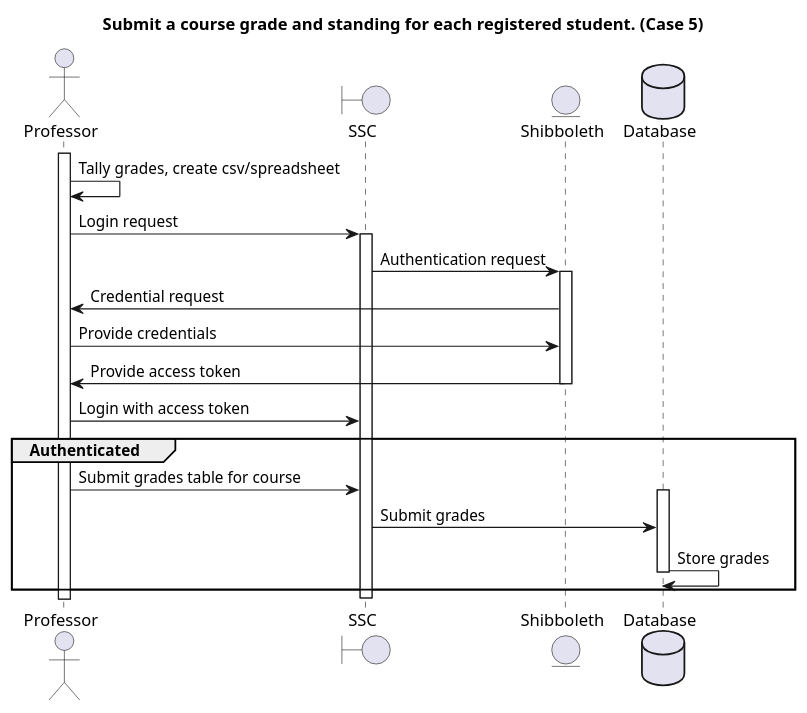
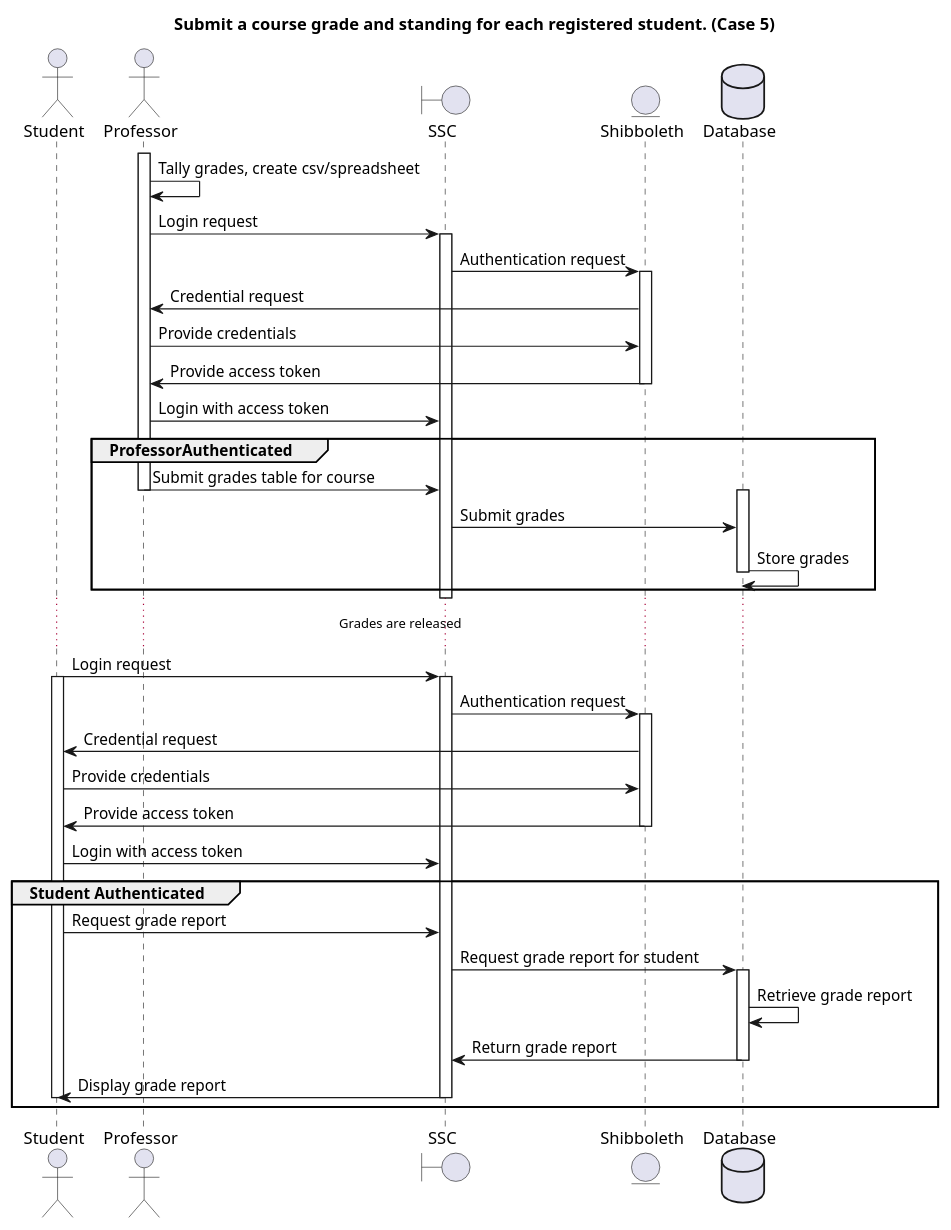
Before and after one commit to Gigahawk/cpen333: the diagram in Assignments/Assignment 2/Assignment 2 - Part A, B, C/part_B5.plantuml, drawn with PlantUML. The commit also changed 2 other files, not shown here.

Commit message:
Assignment 2 - Part B: Add extra detail to sequence diagrams

```diff
--- a/Assignments/Assignment 2/Assignment 2 - Part A, B, C/part_B5.plantuml
+++ b/Assignments/Assignment 2/Assignment 2 - Part A, B, C/part_B5.plantuml
@@ -1,27 +1,51 @@
 @startuml
 title Submit a course grade and standing for each registered student. (Case 5)
+actor Student as student
 actor Professor as prof
 boundary SSC as ssc
 entity Shibboleth as shib
 database Database as db
 
 activate prof
 prof -> prof : Tally grades, create csv/spreadsheet
 prof -> ssc : Login request
 activate ssc
 ssc -> shib : Authentication request
 activate shib
 shib -> prof : Credential request
 prof -> shib : Provide credentials
 shib -> prof : Provide access token
 deactivate shib
 prof -> ssc : Login with access token
-group Authenticated
+group ProfessorAuthenticated
 prof -> ssc : Submit grades table for course
+deactivate prof
 activate db
 ssc -> db : Submit grades
 db -> db : Store grades
 deactivate db
 end
 deactivate ssc
+...Grades are released...
+student -> ssc : Login request
+activate student
+activate ssc
+ssc -> shib : Authentication request
+activate shib
+shib -> student : Credential request
+student -> shib : Provide credentials
+shib -> student : Provide access token
+deactivate shib
+student -> ssc : Login with access token
+group Student Authenticated
+    student -> ssc : Request grade report
+    ssc -> db : Request grade report for student
+    activate db
+    db -> db : Retrieve grade report
+    db -> ssc : Return grade report
+    deactivate db
+    ssc -> student : Display grade report
+    deactivate ssc
+    deactivate student
+end
 @enduml
```
